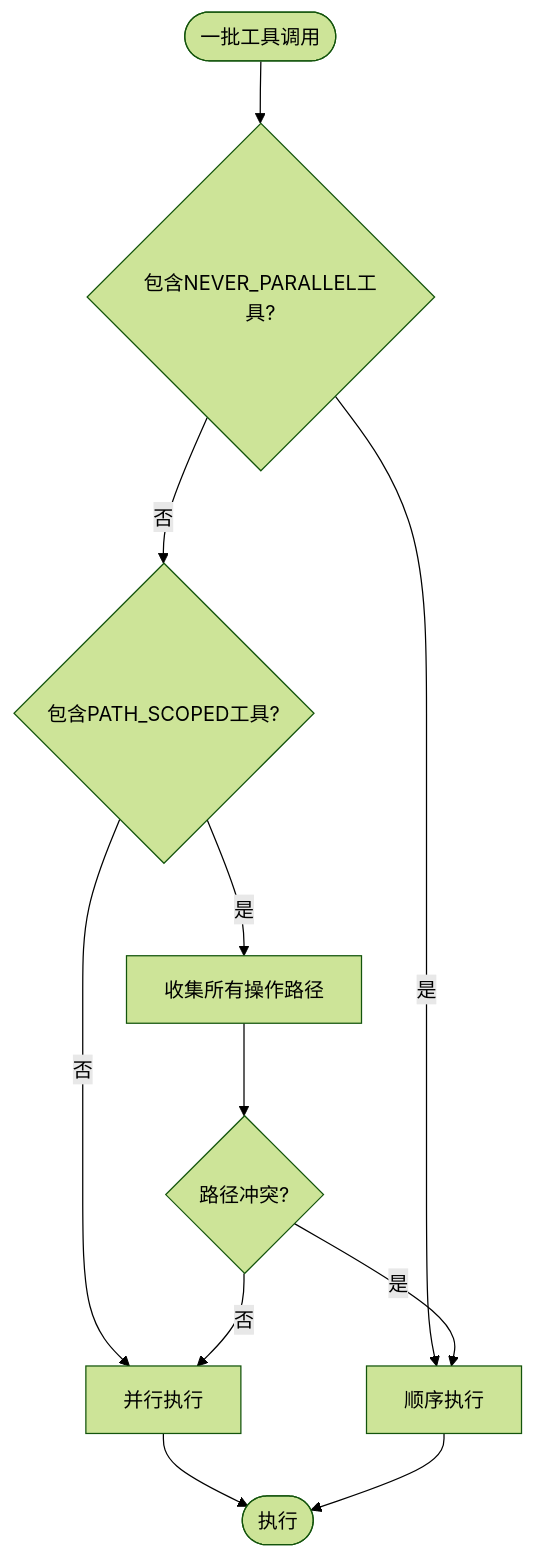
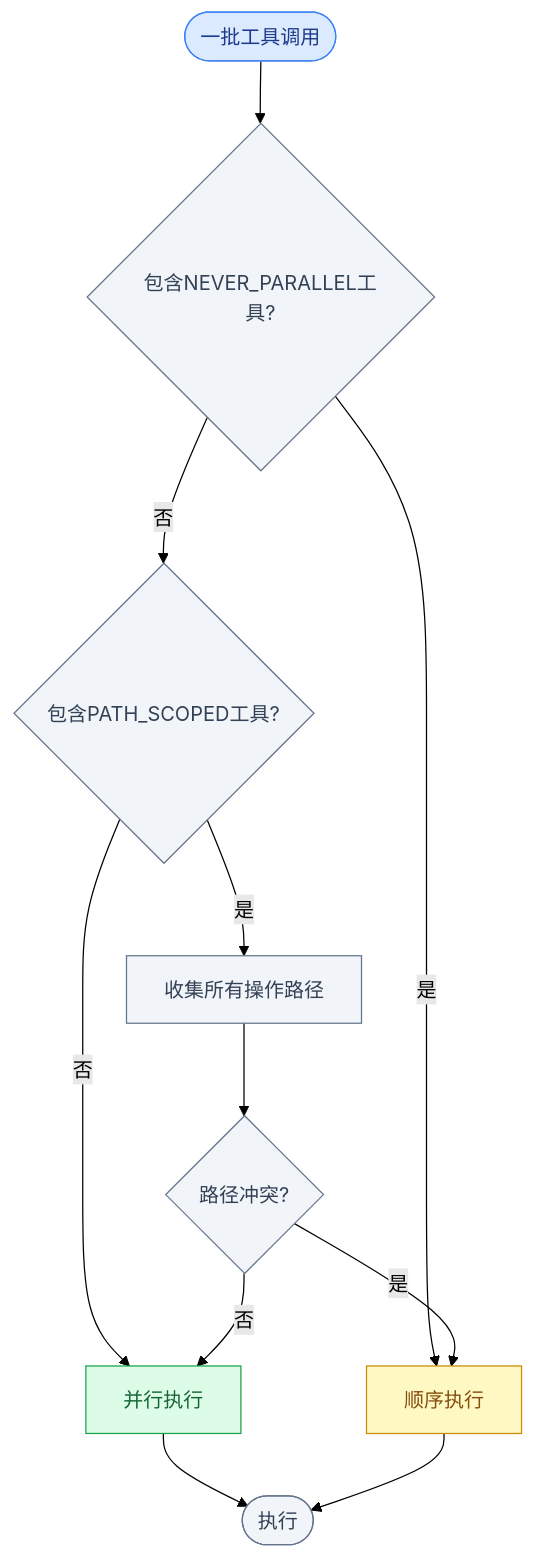
One commit to pty819/hermes-docs changed the sixth of 6 diagrams in chapters/tool-system.rst. Above: the diagram before and after it, drawn with Mermaid (forest theme). The commit also changed other lines of this file and 27 other files, not shown here.

```diff
--- a/chapters/tool-system.rst
+++ b/chapters/tool-system.rst
@@ -1414,13 +1451,24 @@
 .. mermaid::
 
     flowchart TD
+        classDef start fill:#dbeafe,stroke:#3b82f6,color:#1e3a8a
+        classDef success fill:#dcfce7,stroke:#16a34a,color:#166534
+        classDef warn fill:#fef9c3,stroke:#ca8a04,color:#854d0e
+        classDef fail fill:#fee2e2,stroke:#dc2626,color:#991b1b
+        classDef info fill:#f1f5f9,stroke:#64748b,color:#334155
+
         Start([一批工具调用]) --> CheckNever{包含NEVER_PARALLEL工具?}
         CheckNever -->|是| NoParallel[顺序执行]
         CheckNever -->|否| CheckPathScoped{包含PATH_SCOPED工具?}
         CheckPathScoped -->|否| YesParallel[并行执行]
         CheckPathScoped -->|是| CollectPaths[收集所有操作路径]
         CollectPaths --> CheckConflict{路径冲突?}
         CheckConflict -->|是| NoParallel
         CheckConflict -->|否| YesParallel
         YesParallel --> End([执行])
         NoParallel --> End
+
+        class Start start
+        class YesParallel success
+        class NoParallel warn
+        class CheckNever,CheckPathScoped,CollectPaths,CheckConflict,End info
```
